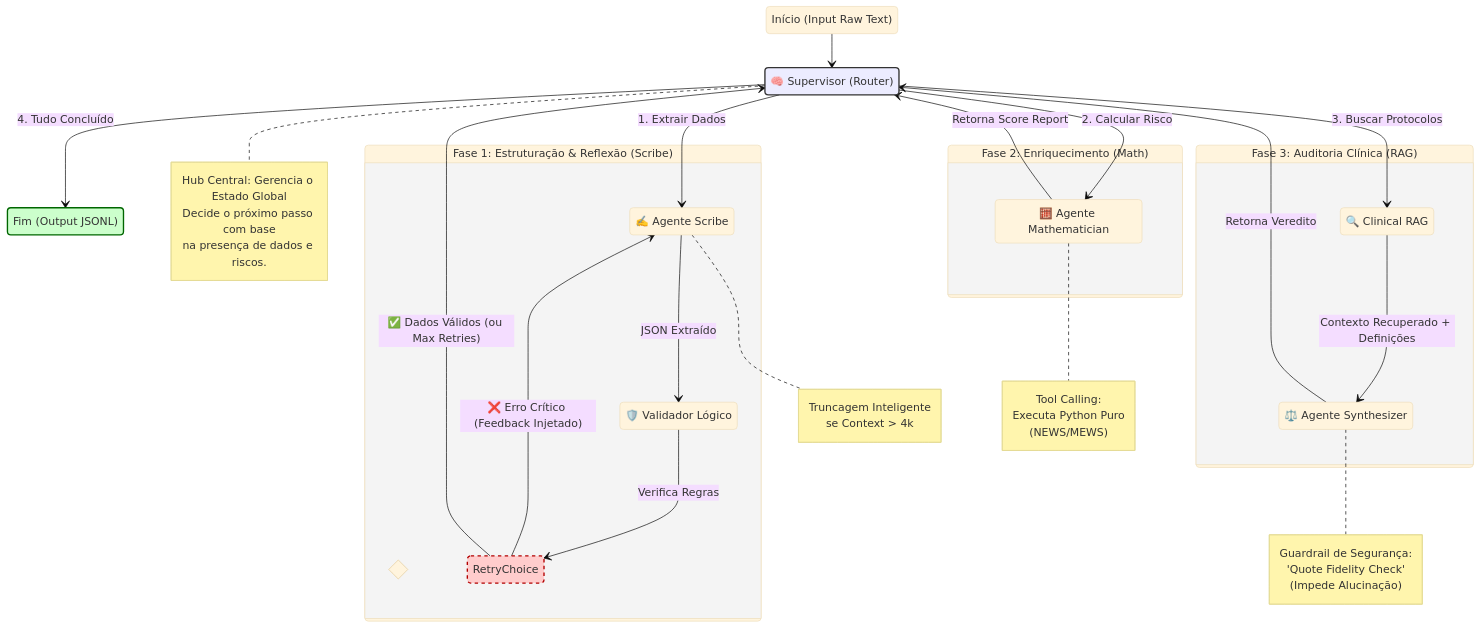
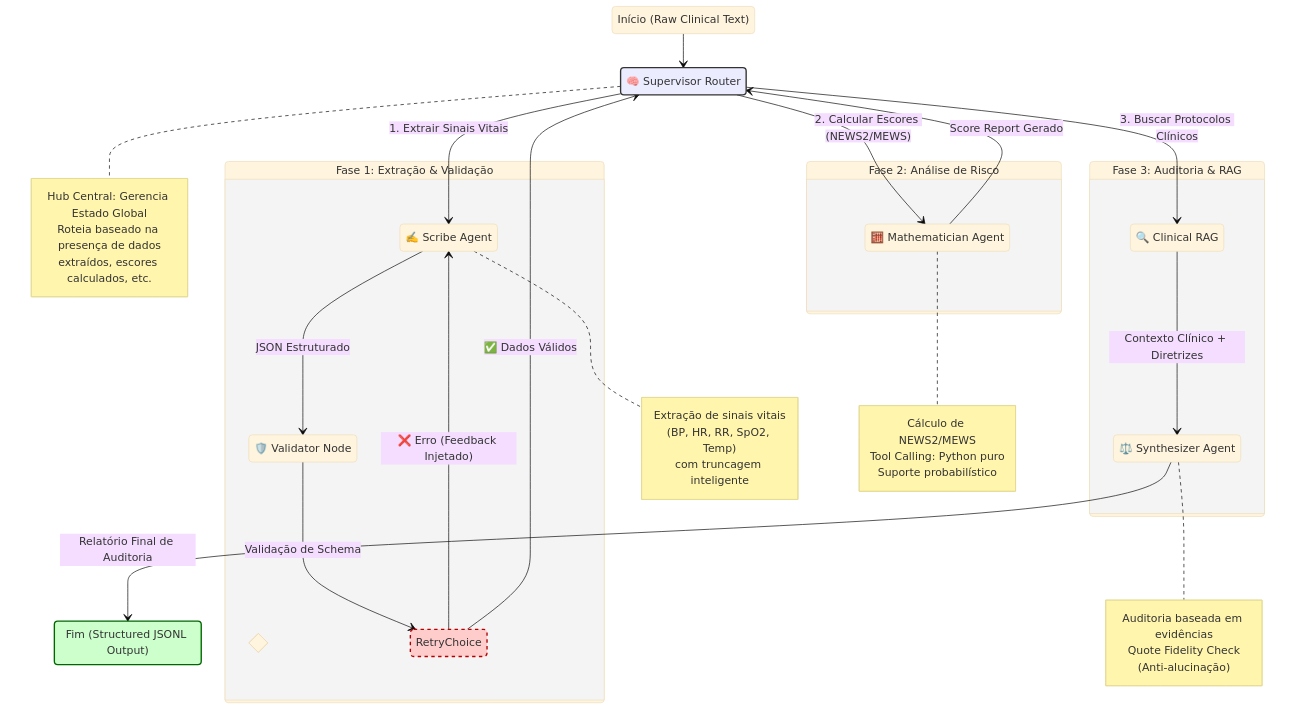
One commit to olavodd42/trialogic changed the diagram in README.md. Above: the diagram before and after it, drawn with Mermaid (base theme). The commit also changed other lines of this file and 4 other files, not shown here.

Commit message:
feat: adiciona suporte a cálculos probabilísticos no agente Mathematician e atualiza padrões de extração de escores

````diff
--- a/README.md
+++ b/README.md
@@ -50,82 +26,81 @@
 ```mermaid
 stateDiagram-v2
     direction TB
 
     %% --- Estilos ---
     classDef mainNode fill:#ececff,stroke:#333,stroke-width:2px;
     classDef errorNode fill:#ffcccc,stroke:#b30000,stroke-width:2px,stroke-dasharray: 5 5;
     classDef finalNode fill:#ccffcc,stroke:#006600,stroke-width:2px;
 
     %% --- Nós Principais ---
-    state "Início (Input Raw Text)" as Start
-    state "Fim (Output JSONL)" as End
+    state "Início (Raw Clinical Text)" as Start
+    state "Fim (Structured JSONL Output)" as End
     
-    state "🧠 Supervisor (Router)" as Supervisor
+    state "🧠 Supervisor Router" as Supervisor
     note right of Supervisor
-        Hub Central: Gerencia o Estado Global
-        Decide o próximo passo com base
-        na presença de dados e riscos.
+        Hub Central: Gerencia Estado Global
+        Roteia baseado na presença de dados
+        extraídos, escores calculados, etc.
     end note
 
     %% --- FASE 1: Extração e Auto-Correção ---
-    state "Fase 1: Estruturação & Reflexão (Scribe)" as Phase1 {
+    state "Fase 1: Extração & Validação" as Phase1 {
         direction LR
-        state "✍️ Agente Scribe" as Scribe
+        state "✍️ Scribe Agent" as Scribe
         note right of Scribe
-            Truncagem Inteligente
-            se Context > 4k
+            Extração de sinais vitais
+            (BP, HR, RR, SpO2, Temp)
+            com truncagem inteligente
         end note
 
-        state "🛡️ Validador Lógico" as Validator
+        state "🛡️ Validator Node" as Validator
         
-        state "Lógica de Retry" as RetryChoice <<choice>>
+        state "Loop de Retry" as RetryChoice <<choice>>
 
-        Scribe --> Validator: JSON Extraído
-        Validator --> RetryChoice: Verifica Regras
-        RetryChoice --> Scribe: ❌ Erro Crítico (Feedback Injetado)
+        Scribe --> Validator: JSON Estruturado
+        Validator --> RetryChoice: Validação de Schema
+        RetryChoice --> Scribe: ❌ Erro (Feedback Injetado)
     }
 
-    %% --- FASE 2: Cálculo Determinístico ---
-    state "Fase 2: Enriquecimento (Math)" as Phase2 {
-        state "🧮 Agente Mathematician" as Math
+    %% --- FASE 2: Cálculo de Escores de Risco ---
+    state "Fase 2: Análise de Risco" as Phase2 {
+        state "🧮 Mathematician Agent" as Math
         note right of Math
-            Tool Calling:
-            Executa Python Puro
-            (NEWS/MEWS)
+            Cálculo de NEWS2/MEWS
+            Tool Calling: Python puro
+            Suporte probabilístico
         end note
     }
 
-    %% --- FASE 3: Auditoria e Grounding ---
-    state "Fase 3: Auditoria Clínica (RAG)" as Phase3 {
+    %% --- FASE 3: Auditoria Clínica com RAG ---
+    state "Fase 3: Auditoria & RAG" as Phase3 {
         direction TB
         state "🔍 Clinical RAG" as RAG
-        state "⚖️ Agente Synthesizer" as Synthesizer
+        state "⚖️ Synthesizer Agent" as Synthesizer
         
-        RAG --> Synthesizer: Contexto Recuperado + Definições
+        RAG --> Synthesizer: Contexto Clínico + Diretrizes
         note right of Synthesizer
-            Guardrail de Segurança:
-            'Quote Fidelity Check'
-            (Impede Alucinação)
+            Auditoria baseada em evidências
+            Quote Fidelity Check
+            (Anti-alucinação)
         end note
     }
 
-    %% --- Conexões do Grafo ---
+    %% --- Conexões do Workflow ---
     Start --> Supervisor
 
-    %% Roteamento do Supervisor
-    Supervisor --> Scribe: 1. Extrair Dados
-    RetryChoice --> Supervisor: ✅ Dados Válidos (ou Max Retries)
+    %% Roteamento Condicional do Supervisor
+    Supervisor --> Scribe: 1. Extrair Sinais Vitais
+    RetryChoice --> Supervisor: ✅ Dados Válidos
     
-    Supervisor --> Math: 2. Calcular Risco
-    Math --> Supervisor: Retorna Score Report
+    Supervisor --> Math: 2. Calcular Escores (NEWS2/MEWS)
+    Math --> Supervisor: Score Report Gerado
     
-    Supervisor --> RAG: 3. Buscar Protocolos
-    Synthesizer --> Supervisor: Retorna Veredito
-    
-    Supervisor --> End: 4. Tudo Concluído
+    Supervisor --> RAG: 3. Buscar Protocolos Clínicos
+    Synthesizer --> End: Relatório Final de Auditoria
 
-    %% Aplicação de Classes
+    %% Aplicação de Classes CSS
     class Supervisor mainNode
     class End finalNode
     class RetryChoice errorNode
 ```
````
